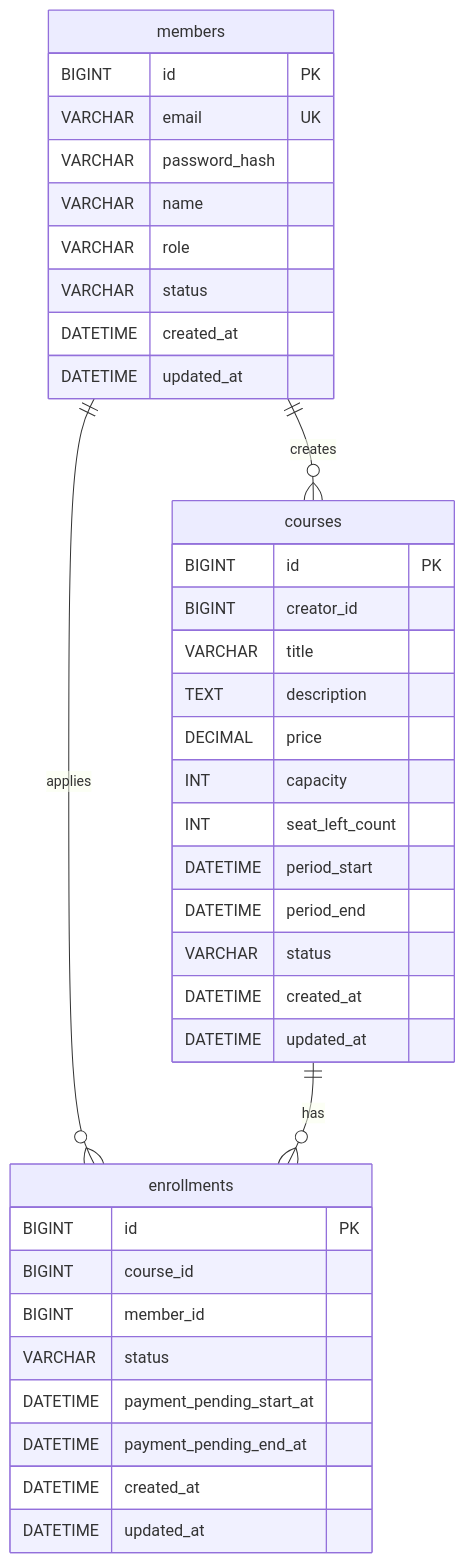
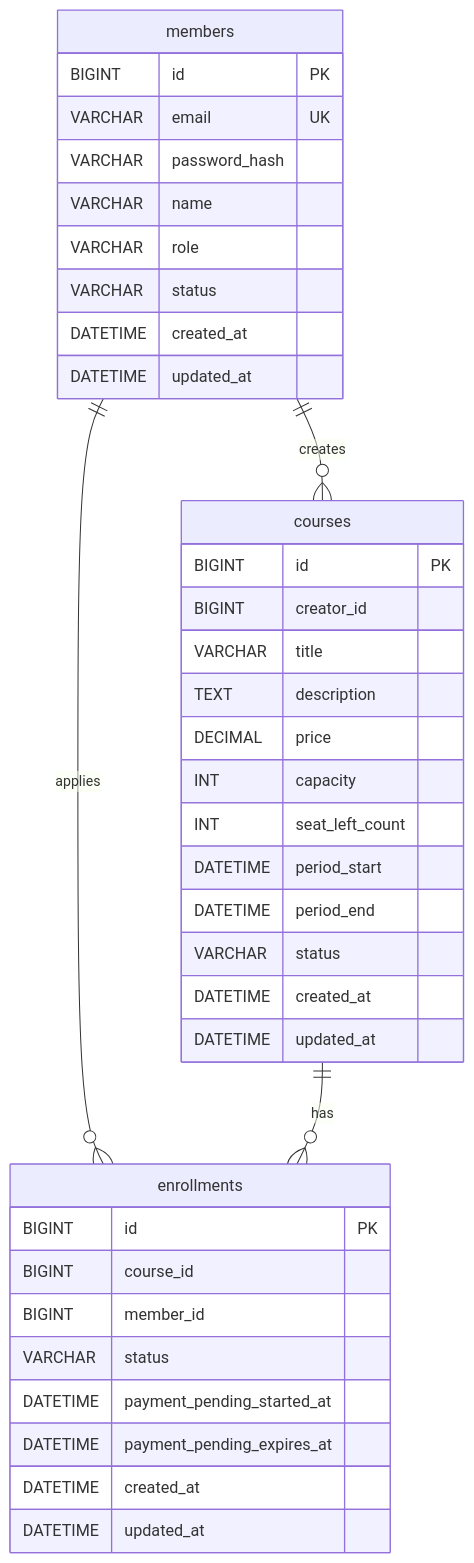
The diagram in docs/data/데이터 모델 명세.md (YeaChan05/liveklass), drawn with Mermaid before and after one commit. The commit also changed other lines of this file and 6 other files, not shown here.

`````diff
--- a/docs/data/데이터 모델 명세.md
+++ b/docs/data/데이터 모델 명세.md
@@ -17,43 +17,43 @@
 ```mermaid
 erDiagram
     members ||--o{ courses : creates
     members ||--o{ enrollments : applies
     courses ||--o{ enrollments : has
 
     members {
         BIGINT id PK
         VARCHAR email UK
         VARCHAR password_hash
         VARCHAR name
         VARCHAR role
         VARCHAR status
         DATETIME created_at
         DATETIME updated_at
     }
 
     courses {
         BIGINT id PK
         BIGINT creator_id
         VARCHAR title
         TEXT description
         DECIMAL price
         INT capacity
         INT seat_left_count
         DATETIME period_start
         DATETIME period_end
         VARCHAR status
         DATETIME created_at
         DATETIME updated_at
     }
 
     enrollments {
         BIGINT id PK
         BIGINT course_id
         BIGINT member_id
         VARCHAR status
-        DATETIME payment_pending_start_at
-        DATETIME payment_pending_end_at
+        DATETIME payment_pending_started_at
+        DATETIME payment_pending_expires_at
         DATETIME created_at
         DATETIME updated_at
     }
 ````
`````
